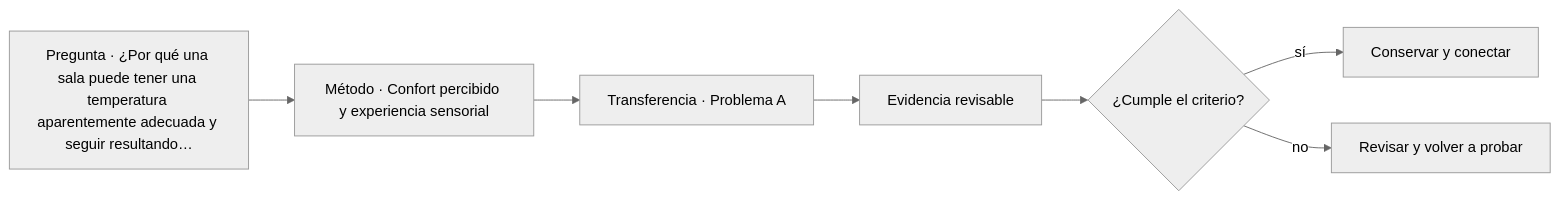
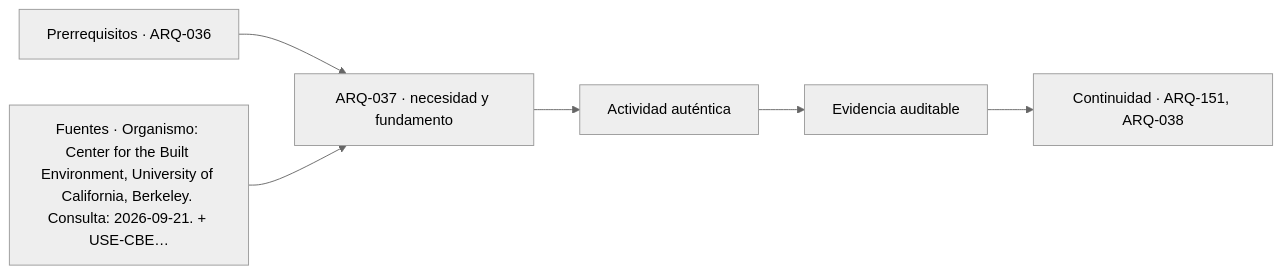
Before and after one commit to vladimiracunadev-create/architecture-built-environment-learning-program: the diagram in classes/parte-04/ARQ-037.md, drawn with Mermaid (neutral theme). The commit also changed other lines of this file and 761 other files, not shown here.

````diff
--- a/classes/parte-04/ARQ-037.md
+++ b/classes/parte-04/ARQ-037.md
@@ -151,9 +163,8 @@
 ```mermaid
 flowchart LR
-    Q["Pregunta · ¿Por qué una sala puede tener una temperatura aparentemente adecuada y seguir resultando…"] --> M["Método · Confort percibido y experiencia sensorial"]
-    M --> P["Transferencia · Problema A"]
-    P --> E["Evidencia revisable"]
-    E --> C{"¿Cumple el criterio?"}
-    C -->|sí| T["Conservar y conectar"]
-    C -->|no| R["Revisar y volver a probar"]
+    A["Prerrequisitos · ARQ-036"] --> B["ARQ-037 · necesidad y fundamento"]
+    S["Fuentes · Organismo: Center for the Built Environment, University of California, Berkeley. Consulta: 2026-09-21. + USE-CBE…"] --> B
+    B --> C["Actividad auténtica"]
+    C --> D["Evidencia auditable"]
+    D --> E["Continuidad · ARQ-151, ARQ-038"]
 ```
````
